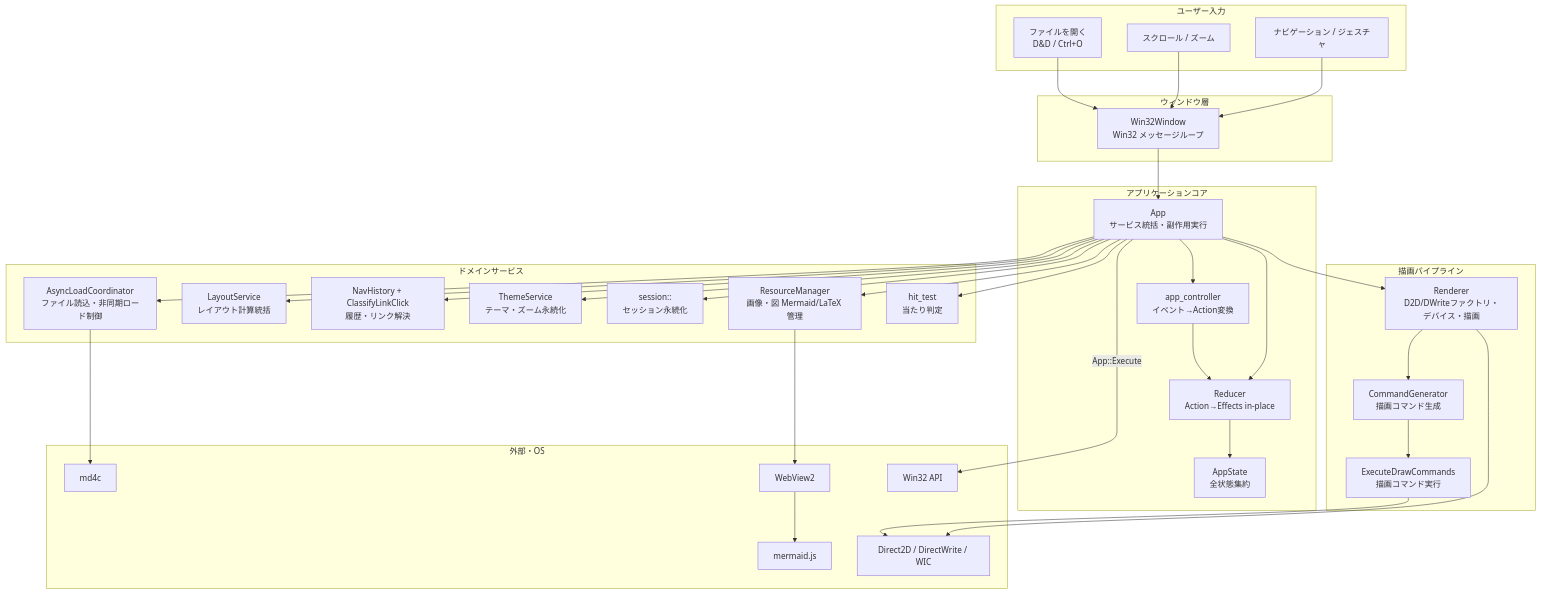
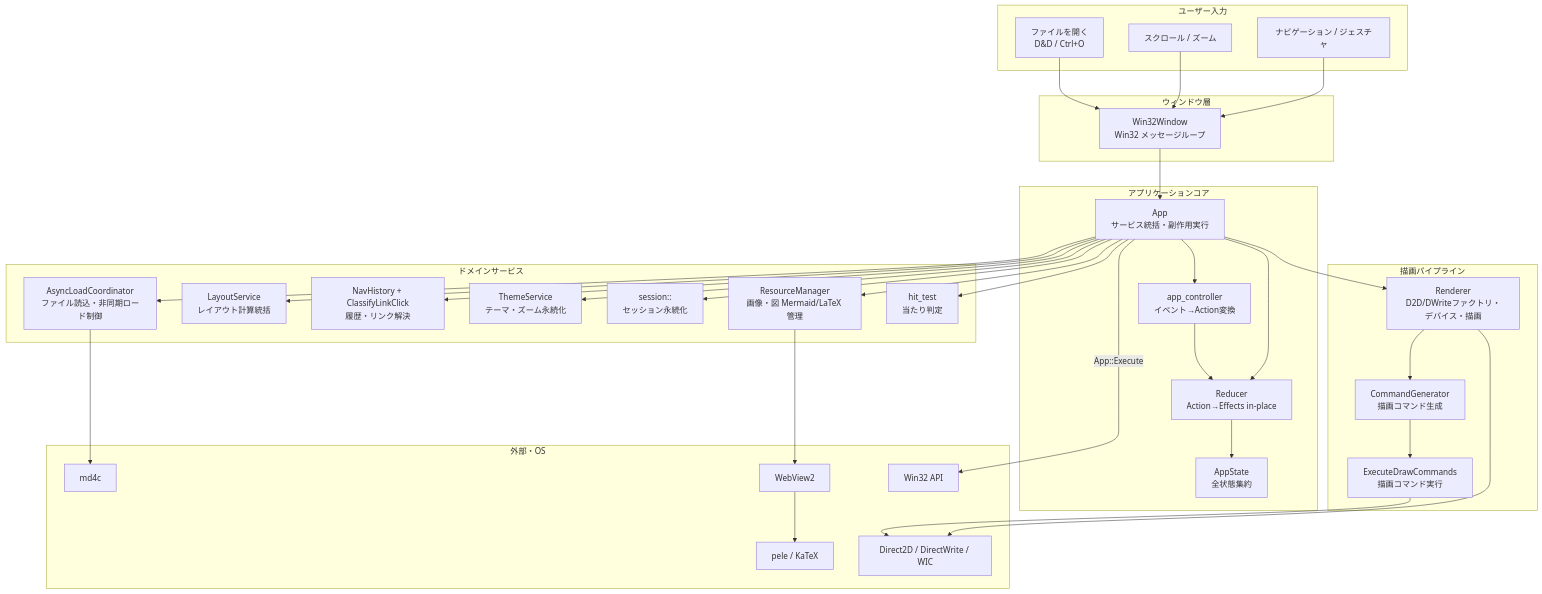
One commit to tanaton/mendo changed the first of 27 diagrams in example/test.md. Above: the diagram before and after it, drawn with Mermaid. The commit also changed other lines of this file and 127 other files, not shown here.

First line of the commit message:
図の描画を mermaid.js から pele に替える

````diff
--- a/example/test.md
+++ b/example/test.md
@@ -36,59 +36,59 @@
 ```mermaid
 graph TB
     subgraph ユーザー入力
         A[ファイルを開く<br>D&D / Ctrl+O]
         B[スクロール / ズーム]
         C[ナビゲーション / ジェスチャ]
     end
 
     subgraph ウィンドウ層
         W[Win32Window<br>Win32 メッセージループ]
     end
 
     subgraph アプリケーションコア
         APP[App<br>サービス統括・副作用実行]
         AS[AppState<br>全状態集約]
         RD[Reducer<br>Action→Effects in-place]
         AC[app_controller<br>イベント→Action変換]
     end
 
     subgraph ドメインサービス
         FLS[AsyncLoadCoordinator<br>ファイル読込・非同期ロード制御]
         LS[LayoutService<br>レイアウト計算統括]
         NH[NavHistory + ClassifyLinkClick<br>履歴・リンク解決]
         TS[ThemeService<br>テーマ・ズーム永続化]
         SS_SVC[session::<br>セッション永続化]
         RM[ResourceManager<br>画像・図 Mermaid/LaTeX 管理]
         HT[hit_test<br>当たり判定]
     end
 
     subgraph 描画パイプライン
         CG[CommandGenerator<br>描画コマンド生成]
         CE[ExecuteDrawCommands<br>描画コマンド実行]
         REN[Renderer<br>D2D/DWriteファクトリ・デバイス・描画]
     end
 
     subgraph "外部・OS"
         MD[md4c]
         WV[WebView2]
-        MJ[mermaid.js]
+        MJ[pele / KaTeX]
         D2D_OS[Direct2D / DirectWrite / WIC]
         OS[Win32 API]
     end
 
     A & B & C --> W
     W --> APP
     APP --> AC
     AC --> RD
     APP --> RD
     RD --> AS
     APP -->|App::Execute| OS
     APP --> REN
     REN --> CG
     CG --> CE
     CE & REN --> D2D_OS
     APP --> FLS & LS & NH & TS & SS_SVC & RM & HT
     FLS --> MD
     RM --> WV
     WV --> MJ
 ```
````
